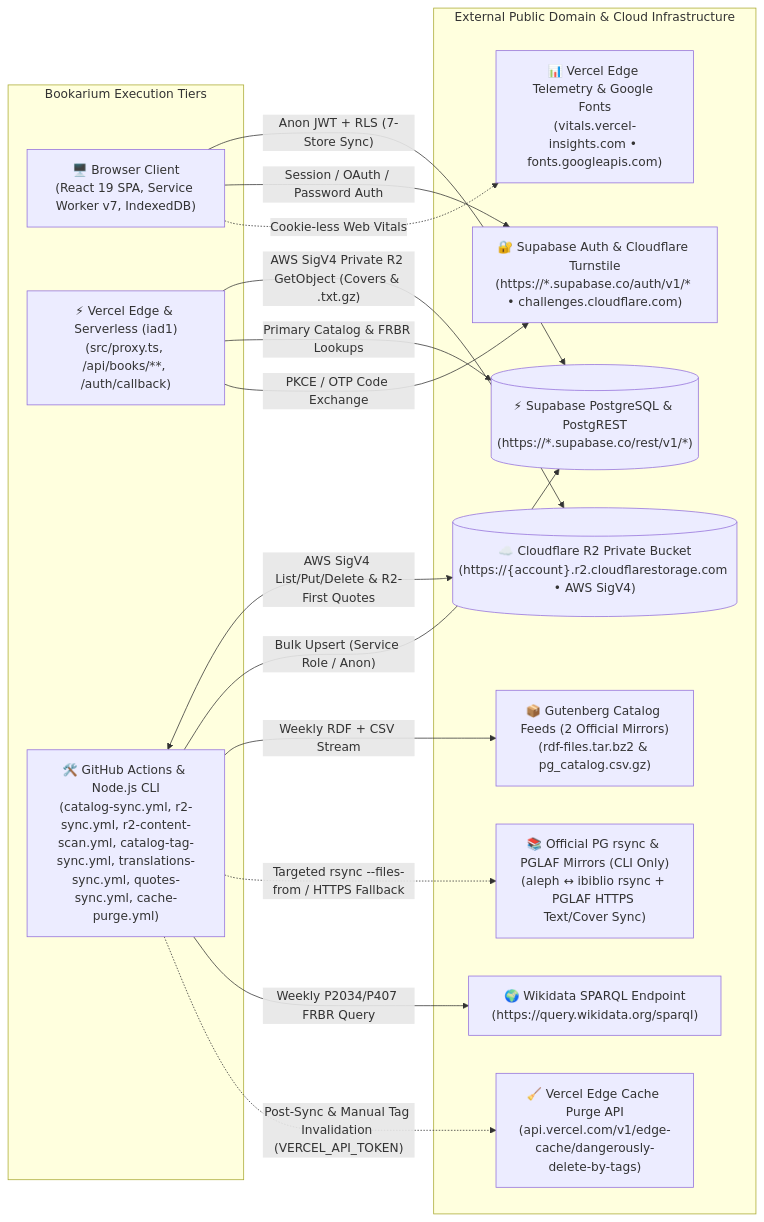
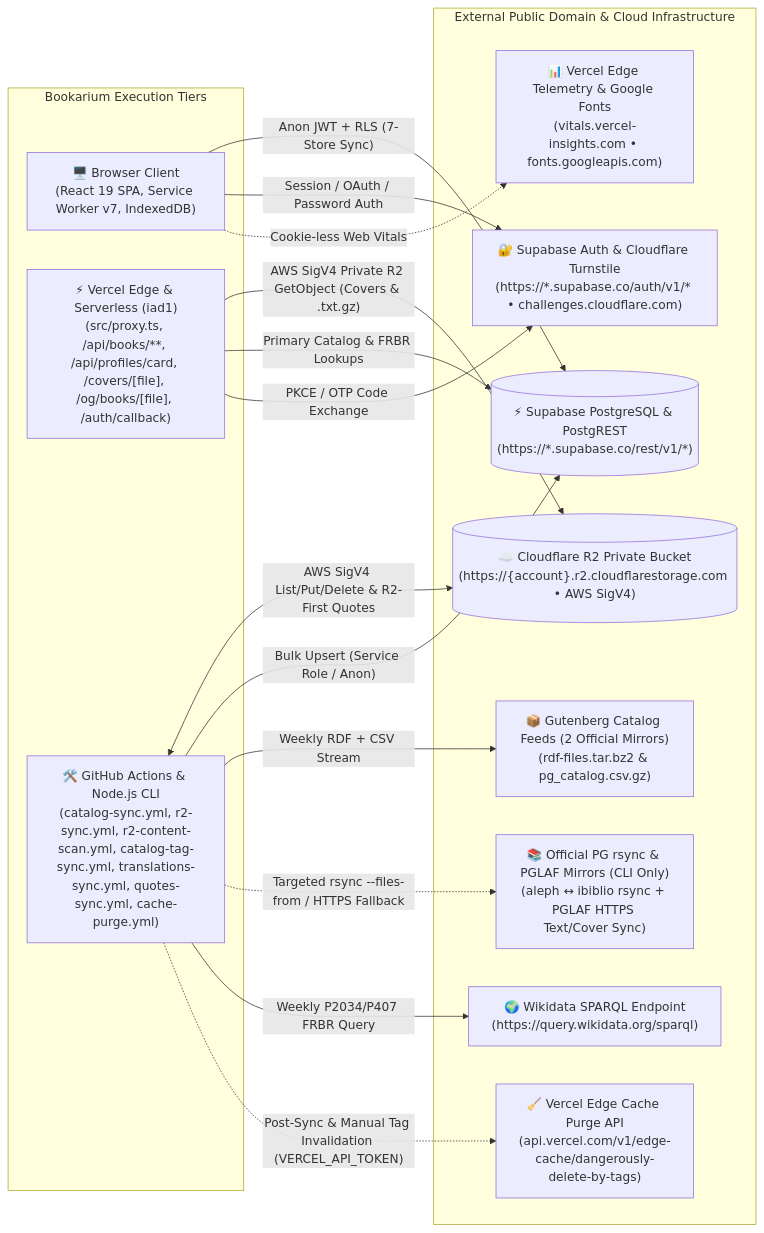
Before and after one commit to calin-m/Bookarium: the first of 4 diagrams in docs/architecture/integrations-failure-and-ops.md, drawn with Mermaid. The commit also changed other lines of this file and 63 other files, not shown here.

````diff
--- a/docs/architecture/integrations-failure-and-ops.md
+++ b/docs/architecture/integrations-failure-and-ops.md
@@ -28,32 +28,32 @@
 ```mermaid
 flowchart LR
     subgraph BookariumRuntime ["Bookarium Execution Tiers"]
         BrowserTier["🖥️ Browser Client\n(React 19 SPA, Service Worker v7, IndexedDB)"]
-        EdgeTier["⚡ Vercel Edge & Serverless (iad1)\n(src/proxy.ts, /api/books/**, /auth/callback)"]
+        EdgeTier["⚡ Vercel Edge & Serverless (iad1)\n(src/proxy.ts, /api/books/**, /api/profiles/card, /covers/[file], /og/books/[file], /auth/callback)"]
         CLITier["🛠️ GitHub Actions & Node.js CLI\n(catalog-sync.yml, r2-sync.yml, r2-content-scan.yml, catalog-tag-sync.yml, translations-sync.yml, quotes-sync.yml, cache-purge.yml)"]
     end
 
     subgraph ExternalSystems ["External Public Domain & Cloud Infrastructure"]
         CloudflareR2[("☁️ Cloudflare R2 Private Bucket\n(https://{account}.r2.cloudflarestorage.com • AWS SigV4)")]
         SupaDB[("⚡ Supabase PostgreSQL & PostgREST\n(https://*.supabase.co/rest/v1/*)")]
         SupaAuth["🔐 Supabase Auth & Cloudflare Turnstile\n(https://*.supabase.co/auth/v1/* • challenges.cloudflare.com)"]
         GutenbergMirrors["📚 Official PG rsync & PGLAF Mirrors (CLI Only)\n(aleph ↔ ibiblio rsync + PGLAF HTTPS Text/Cover Sync)"]
         GutenbergFeeds["📦 Gutenberg Catalog Feeds (2 Official Mirrors)\n(rdf-files.tar.bz2 & pg_catalog.csv.gz)"]
         WikidataAPI["🌍 Wikidata SPARQL Endpoint\n(https://query.wikidata.org/sparql)"]
         VercelCacheAPI["🧹 Vercel Edge Cache Purge API\n(api.vercel.com/v1/edge-cache/dangerously-delete-by-tags)"]
         VercelRUM["📊 Vercel Edge Telemetry & Google Fonts\n(vitals.vercel-insights.com • fonts.googleapis.com)"]
     end
 
     BrowserTier -->|"Anon JWT + RLS (7-Store Sync)"| SupaDB
     BrowserTier -->|"Session / OAuth / Password Auth"| SupaAuth
     BrowserTier -.->|"Cookie-less Web Vitals"| VercelRUM
     EdgeTier -->|"AWS SigV4 Private R2 GetObject (Covers & .txt.gz)"| CloudflareR2
     EdgeTier -->|"Primary Catalog & FRBR Lookups"| SupaDB
     EdgeTier -->|"PKCE / OTP Code Exchange"| SupaAuth
     CLITier <-->|"AWS SigV4 List/Put/Delete & R2-First Quotes"| CloudflareR2
     CLITier -->|"Bulk Upsert (Service Role / Anon)"| SupaDB
     CLITier -->|"Weekly RDF + CSV Stream"| GutenbergFeeds
     CLITier -.->|"Targeted rsync --files-from / HTTPS Fallback"| GutenbergMirrors
     CLITier -->|"Weekly P2034/P407 FRBR Query"| WikidataAPI
     CLITier -.->|"Post-Sync & Manual Tag Invalidation (VERCEL_API_TOKEN)"| VercelCacheAPI
 ```
````
